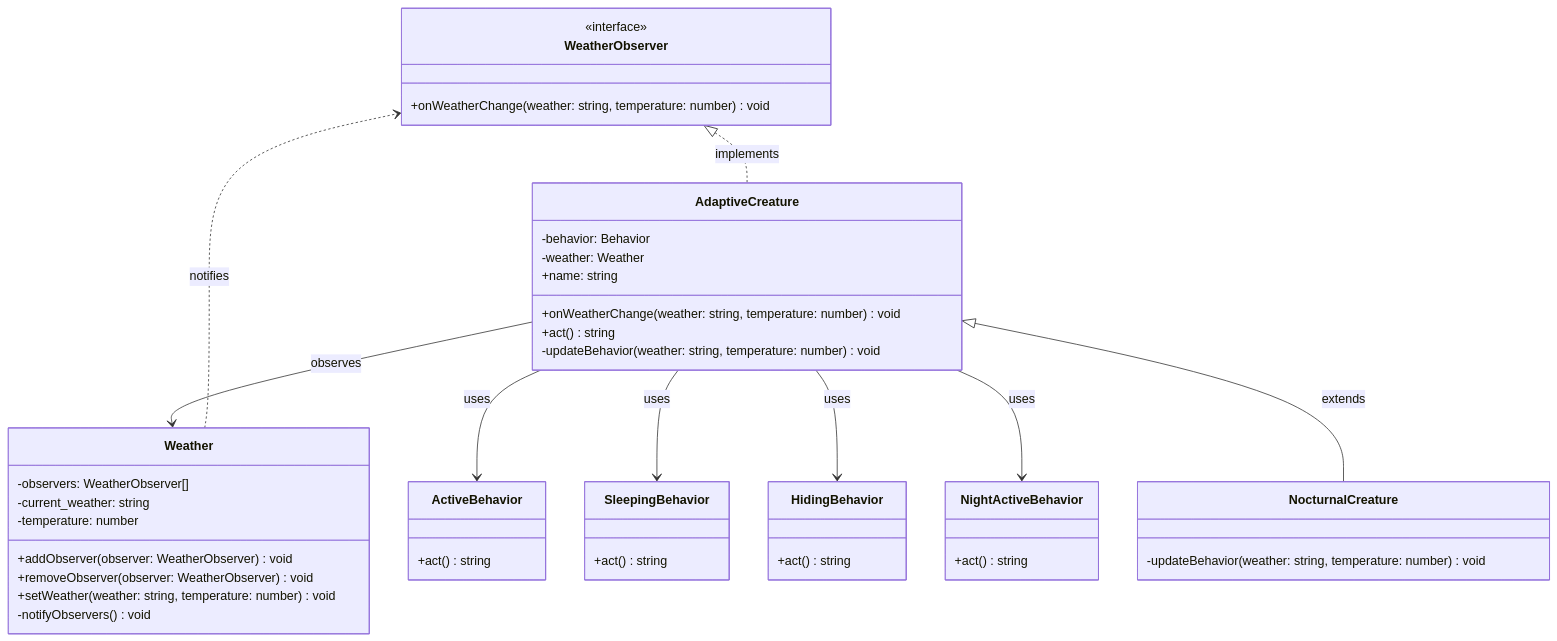
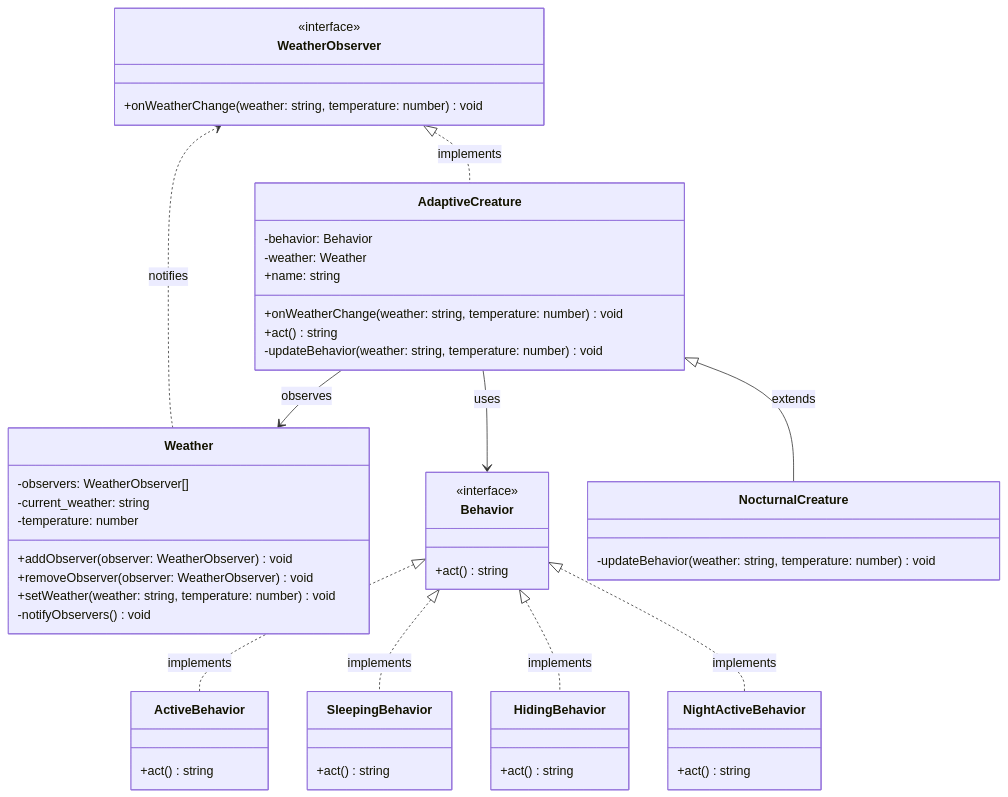
The fourth of 4 diagrams in exercice_mare/diagrammes-mare.md (paulinetaillemite2/adaM3-miniexo), drawn with Mermaid before and after one commit. The commit also changed 2 other files, not shown here.

Commit message:
add inteface behavior and test

````diff
--- a/exercice_mare/diagrammes-mare.md
+++ b/exercice_mare/diagrammes-mare.md
@@ -102,55 +102,61 @@
 ```mermaid
 classDiagram
     class WeatherObserver {
         <<interface>>
         +onWeatherChange(weather: string, temperature: number) void
     }
     
     class Weather {
         -observers: WeatherObserver[]
         -current_weather: string
         -temperature: number
         +addObserver(observer: WeatherObserver) void
         +removeObserver(observer: WeatherObserver) void
         +setWeather(weather: string, temperature: number) void
         -notifyObservers() void
+    }
+    
+    class Behavior {
+        <<interface>>
+        +act() string
     }
     
     class ActiveBehavior {
         +act() string
     }
     
     class SleepingBehavior {
         +act() string
     }
     
     class HidingBehavior {
         +act() string
     }
     
     class NightActiveBehavior {
         +act() string
     }
     
     class AdaptiveCreature {
         -behavior: Behavior
         -weather: Weather
         +name: string
         +onWeatherChange(weather: string, temperature: number) void
         +act() string
         -updateBehavior(weather: string, temperature: number) void
     }
     
     class NocturnalCreature {
         -updateBehavior(weather: string, temperature: number) void
     }
     
     WeatherObserver <|.. AdaptiveCreature : implements
     Weather ..> WeatherObserver : notifies
     AdaptiveCreature --> Weather : observes
-    AdaptiveCreature --> ActiveBehavior : uses
-    AdaptiveCreature --> SleepingBehavior : uses
-    AdaptiveCreature --> HidingBehavior : uses
-    AdaptiveCreature --> NightActiveBehavior : uses
+    Behavior <|.. ActiveBehavior : implements
+    Behavior <|.. SleepingBehavior : implements
+    Behavior <|.. HidingBehavior : implements
+    Behavior <|.. NightActiveBehavior : implements
+    AdaptiveCreature --> Behavior : uses
     AdaptiveCreature <|-- NocturnalCreature : extends
 ```
````
